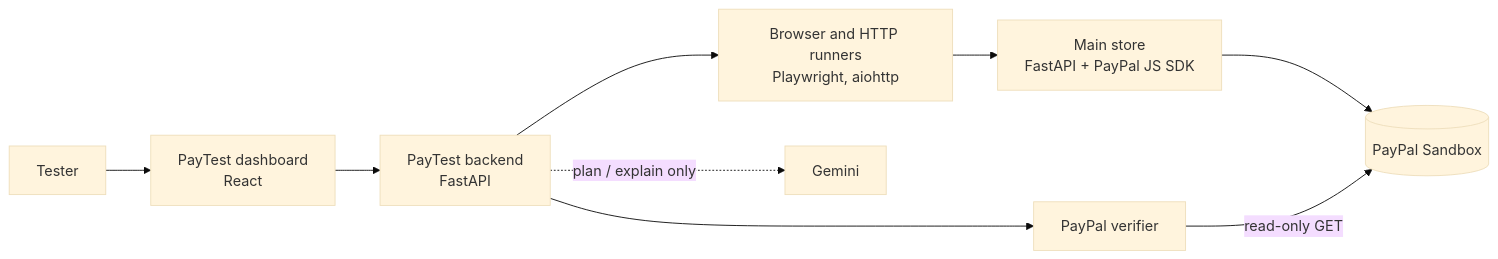
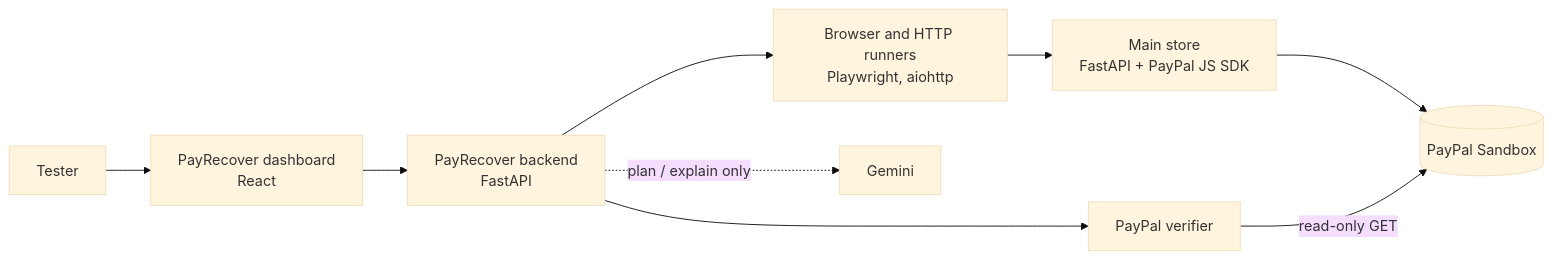
The diagram in README.md (Aditya-Sharma23/PayRecover-AI), drawn with Mermaid (base theme) before and after one commit. The commit also changed other lines of this file and 35 other files, not shown here.

First line of the commit message:
Rename the project to PayRecover AI

````diff
--- a/README.md
+++ b/README.md
@@ -57,11 +57,11 @@
 ```mermaid
 flowchart LR
-    U[Tester] --> D[PayTest dashboard<br/>React]
-    D --> B[PayTest backend<br/>FastAPI]
+    U[Tester] --> D[PayRecover dashboard<br/>React]
+    D --> B[PayRecover backend<br/>FastAPI]
     B --> R[Browser and HTTP runners<br/>Playwright, aiohttp]
     B --> P[PayPal verifier]
     B -. plan / explain only .-> G[Gemini]
     R --> S[Main store<br/>FastAPI + PayPal JS SDK]
     S --> PP[(PayPal Sandbox)]
     P -- read-only GET --> PP
 ```
````
